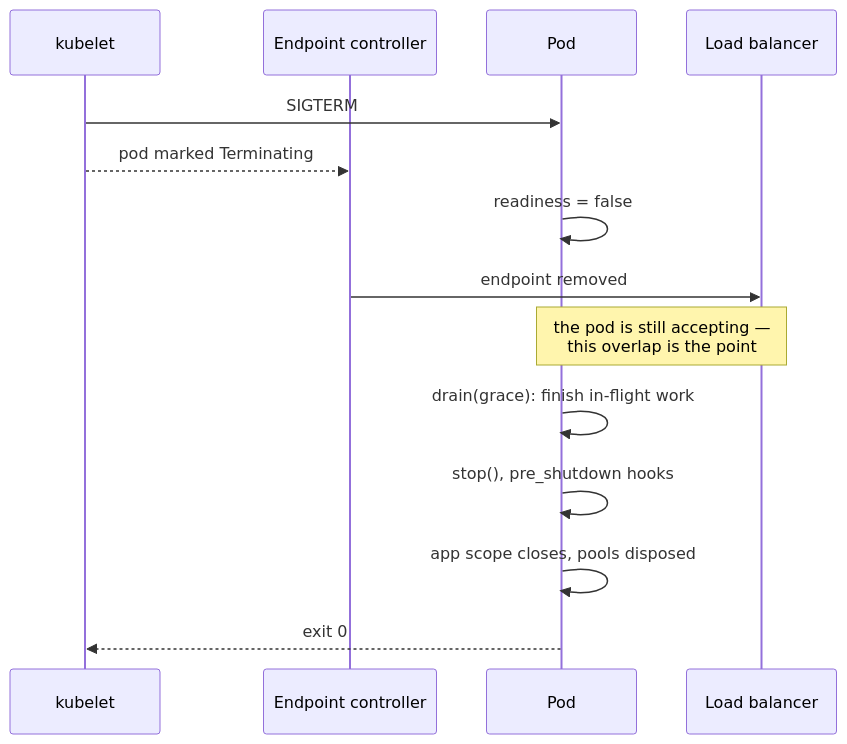
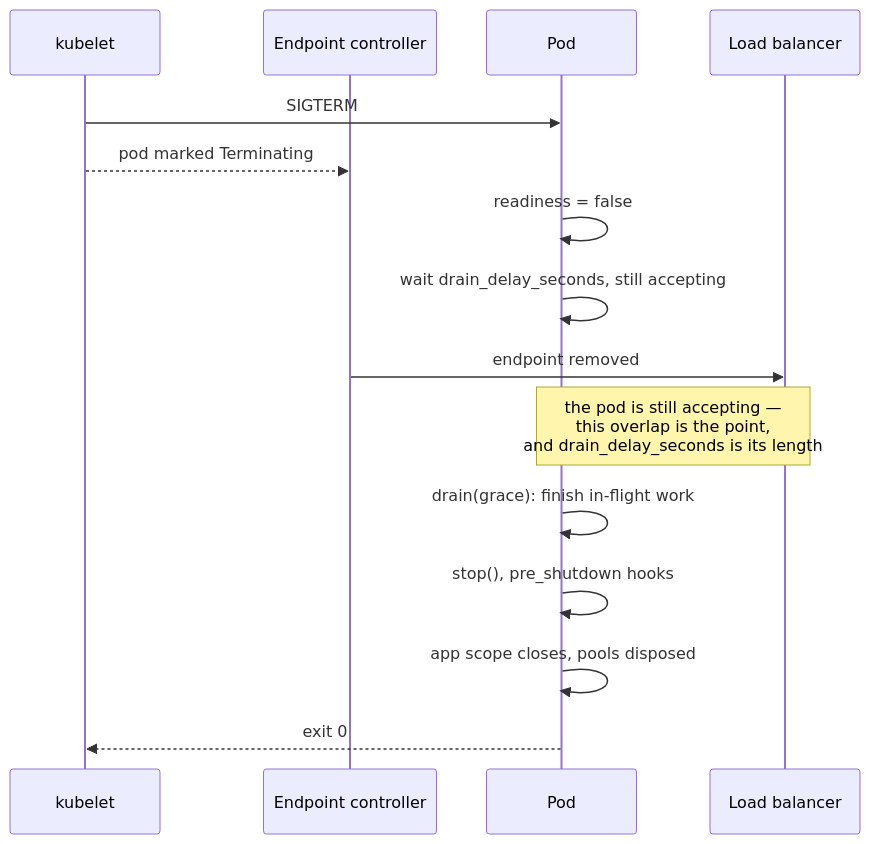
One commit to bedrock-python/servicewright changed the diagram in docs/operations/kubernetes.md. Above: the diagram before and after it, drawn with Mermaid. The commit also changed other lines of this file and 13 other files, not shown here.

First line of the commit message:
feat: AppSpec.drain_delay_seconds keeps the listeners open after readiness goes red (#47)

````diff
--- a/docs/operations/kubernetes.md
+++ b/docs/operations/kubernetes.md
@@ -17,17 +20,18 @@
 ```mermaid
 sequenceDiagram
     participant K as kubelet
     participant EC as Endpoint controller
     participant P as Pod
     participant LB as Load balancer
 
     K->>P: SIGTERM
     K-->>EC: pod marked Terminating
     P->>P: readiness = false
+    P->>P: wait drain_delay_seconds, still accepting
     EC->>LB: endpoint removed
-    Note over P,LB: the pod is still accepting —<br/>this overlap is the point
+    Note over P,LB: the pod is still accepting —<br/>this overlap is the point,<br/>and drain_delay_seconds is its length
     P->>P: drain(grace): finish in-flight work
     P->>P: stop(), pre_shutdown hooks
     P->>P: app scope closes, pools disposed
     P-->>K: exit 0
 ```
````
